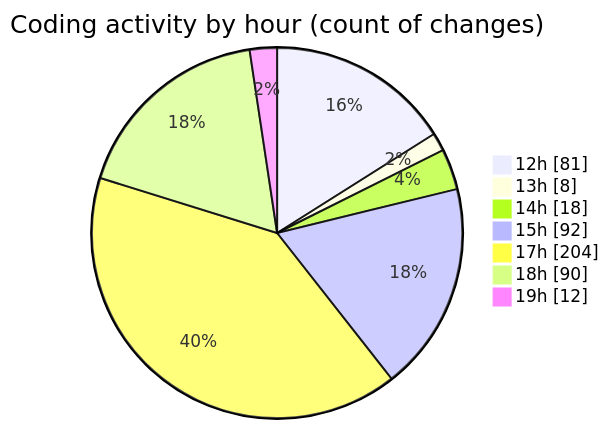
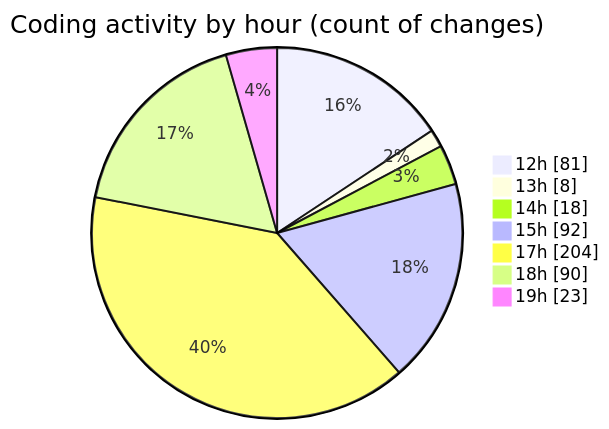
Before and after one commit to Ritupan-Deka/code-tracking: the second of 2 diagrams in 2025-12-28/rust/README.md, drawn with Mermaid. The commit also changed other lines of this file and 1 other file, not shown here.

````diff
--- a/2025-12-28/rust/README.md
+++ b/2025-12-28/rust/README.md
@@ -31,11 +32,11 @@
 ```mermaid
 pie showData
 title Coding activity by hour (count of changes)
 "12h" : 81
 "13h" : 8
 "14h" : 18
 "15h" : 92
 "17h" : 204
 "18h" : 90
-"19h" : 12
+"19h" : 23
 ```
````
